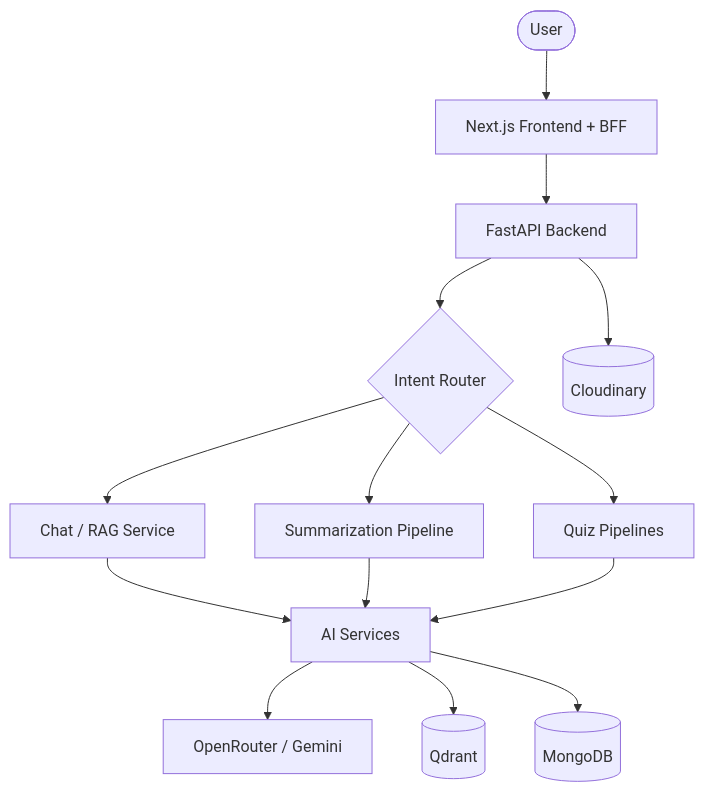
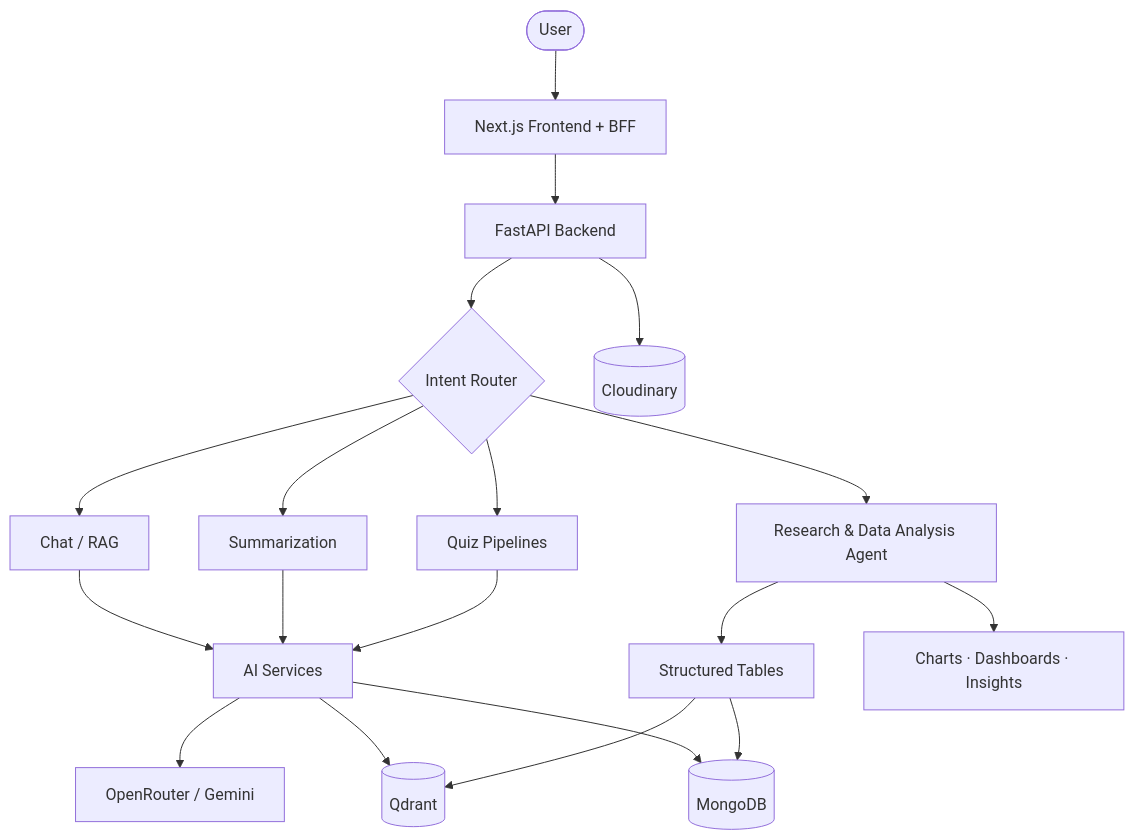
Before and after one commit to aayushroopchandani/DocMind-AI-Intelligent-conversations-with-documents: the third of 6 diagrams in README.md, drawn with Mermaid. The commit also changed other lines of this file and 5 other files, not shown here.

````diff
--- a/README.md
+++ b/README.md
@@ -237,16 +261,21 @@
 ```mermaid
 flowchart TB
   User([User]) --> Next[Next.js Frontend + BFF]
   Next --> FastAPI[FastAPI Backend]
   FastAPI --> Router{Intent Router}
-  Router --> Chat[Chat / RAG Service]
-  Router --> Sum[Summarization Pipeline]
+  Router --> Chat[Chat / RAG]
+  Router --> Sum[Summarization]
   Router --> Quiz[Quiz Pipelines]
+  Router --> Analysis[Research & Data Analysis Agent]
   Chat --> AI[AI Services]
   Sum --> AI
   Quiz --> AI
+  Analysis --> Tables[Structured Tables]
+  Analysis --> Charts[Charts · Dashboards · Insights]
   AI --> OR[OpenRouter / Gemini]
   AI --> Qdrant[(Qdrant)]
   AI --> Mongo[(MongoDB)]
+  Tables --> Qdrant
+  Tables --> Mongo
   FastAPI --> Cloudinary[(Cloudinary)]
 ```
````
